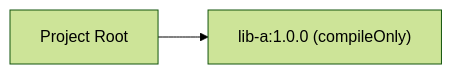
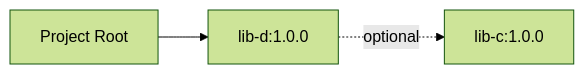
Before and after one commit to JavaDependencyHell/fieldguide: the diagram in demos/gradle-demo/scenario-8-optional/guide.qmd, drawn with Mermaid (forest theme). The commit also changed other lines of this file and 208 other files, not shown here.

````diff
--- a/demos/gradle-demo/scenario-8-optional/guide.qmd
+++ b/demos/gradle-demo/scenario-8-optional/guide.qmd
@@ -20,5 +21,6 @@
 ```{mermaid}
 %%| fig-width: 4.4
 graph LR
-    Root[Project Root] --> LibA["lib-a:1.0.0 (compileOnly)"]
+    Root[Project Root] --> LibD[lib-d:1.0.0]
+    LibD -.->|optional| LibC[lib-c:1.0.0]
 ```
````
